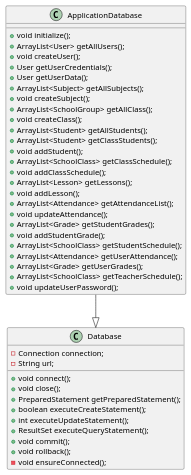
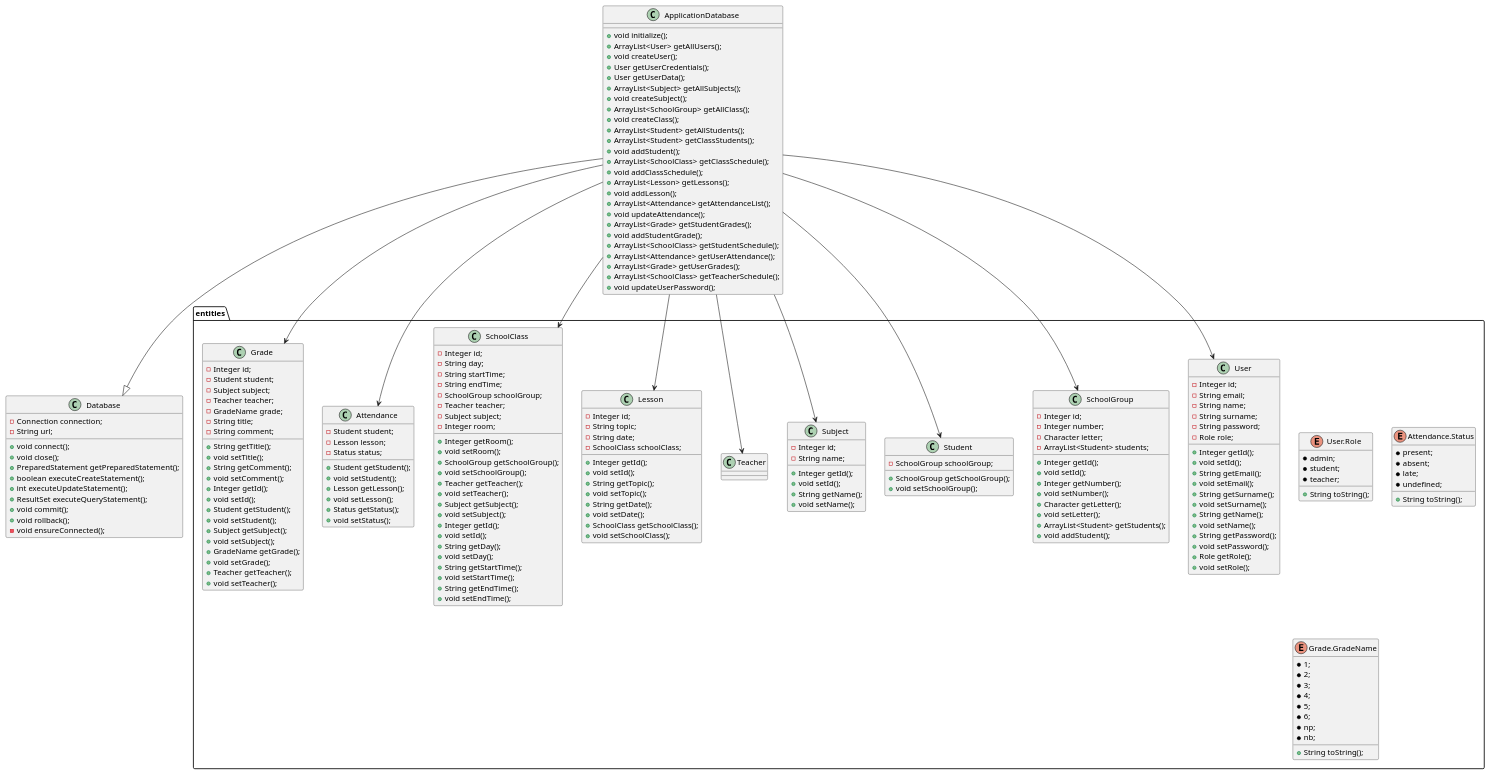
One commit to Mac14101/po2025 changed the diagram in docs/database.md. Above: the diagram before and after it, drawn with PlantUML. The commit also changed 3 other files, not shown here.

Commit message:
docs: Uzupełnienie diagramów UML modułów (jexp,client,server,database)

````diff
--- a/docs/database.md
+++ b/docs/database.md
@@ -288,6 +288,164 @@
     + ArrayList<SchoolClass> getTeacherSchedule();
     + void updateUserPassword();
 }
+package "entities"{
+class User{
+    - Integer id;
+    - String email;
+    - String name;
+    - String surname;
+    - String password;
+    - Role role;
+    + Integer getId();
+    + void setId();
+    + String getEmail();
+    + void setEmail();
+    + String getSurname();
+    + void setSurname();
+    + String getName();
+    + void setName();
+    + String getPassword();
+    + void setPassword();
+    + Role getRole();
+    + void setRole();
+}
+enum Role as "User.Role"{
+    * admin;
+    * student;
+    * teacher;
+    + String toString();
+}
+class SchoolGroup{
+    - Integer id;
+    - Integer number;
+    - Character letter;
+    - ArrayList<Student> students;
+    + Integer getId();
+    + void setId();
+    + Integer getNumber();
+    + void setNumber();
+    + Character getLetter();
+    + void setLetter();
+    + ArrayList<Student> getStudents();
+    + void addStudent();
+}
+class Student{
+    - SchoolGroup schoolGroup;
+    + SchoolGroup getSchoolGroup();
+    + void setSchoolGroup();
+}
+class Subject{
+    - Integer id;
+    - String name;
+    + Integer getId();
+    + void setId();
+    + String getName();
+    + void setName();
+}
+class Teacher{}
+class Lesson{
+    - Integer id;
+    - String topic;
+    - String date;
+    - SchoolClass schoolClass;
+    + Integer getId();
+    + void setId();
+    + String getTopic();
+    + void setTopic();
+    + String getDate();
+    + void setDate();
+    + SchoolClass getSchoolClass();
+    + void setSchoolClass();
+}
+class SchoolClass{
+    - Integer id;
+    - String day;
+    - String startTime;
+    - String endTime;
+    - SchoolGroup schoolGroup;
+    - Teacher teacher;
+    - Subject subject;
+    - Integer room;
+    + Integer getRoom();
+    + void setRoom();
+    + SchoolGroup getSchoolGroup();
+    + void setSchoolGroup();
+    + Teacher getTeacher();
+    + void setTeacher();
+    + Subject getSubject();
+    + void setSubject();
+    + Integer getId();
+    + void setId();
+    + String getDay();
+    + void setDay();
+    + String getStartTime();
+    + void setStartTime();
+    + String getEndTime();
+    + void setEndTime();
+}
+class Attendance{
+    - Student student;
+    - Lesson lesson;
+    - Status status;
+    + Student getStudent();
+    + void setStudent();
+    + Lesson getLesson();
+    + void setLesson();
+    + Status getStatus();
+    + void setStatus();
+}
+enum Status as "Attendance.Status"{
+    * present;
+    * absent;
+    * late;
+    * undefined;
+    + String toString();
+}
+class Grade{
+    - Integer id;
+    - Student student;
+    - Subject subject;
+    - Teacher teacher;
+    - GradeName grade;
+    - String title;
+    - String comment;
+    + String getTitle();
+    + void setTitle();
+    + String getComment();
+    + void setComment();
+    + Integer getId();
+    + void setId();
+    + Student getStudent();
+    + void setStudent();
+    + Subject getSubject();
+    + void setSubject();
+    + GradeName getGrade();
+    + void setGrade();
+    + Teacher getTeacher();
+    + void setTeacher();
+}
+enum GradeName as "Grade.GradeName"{
+    * 1;
+    * 2;
+    * 3;
+    * 4;
+    * 5;
+    * 6;
+    * np;
+    * nb;
+    + String toString();
+}
+}
+
 ApplicationDatabase--|>Database
+ApplicationDatabase-->entities.User
+ApplicationDatabase-->entities.Subject
+ApplicationDatabase-->entities.SchoolGroup
+ApplicationDatabase-->entities.Student
+ApplicationDatabase-->entities.SchoolClass
+ApplicationDatabase-->entities.Attendance
+ApplicationDatabase-->entities.Lesson
+ApplicationDatabase-->entities.Teacher
+ApplicationDatabase-->entities.Grade
 @enduml
 ```
````
